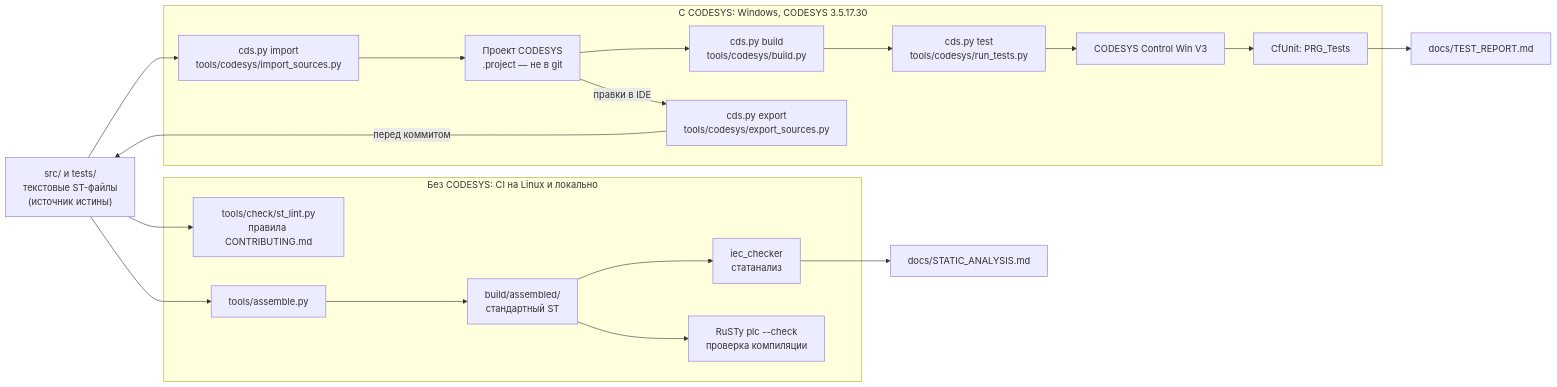
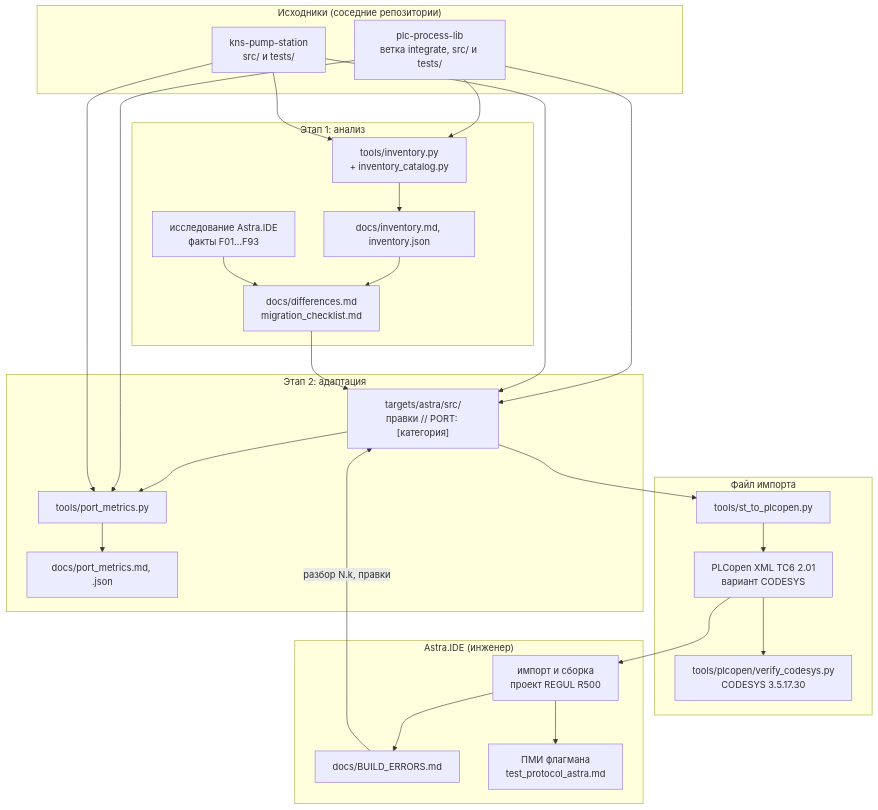
Before and after one commit to kr0nsch/kns-port-domestic: the diagram in docs/ARCHITECTURE.md, drawn with Mermaid. The commit also changed other lines of this file and 15 other files, not shown here.

Commit message:
docs: различия CODESYS и Astra.IDE, чек-лист миграции, цикл BUILD_ERRORS, протокол испытаний

````diff
--- a/docs/ARCHITECTURE.md
+++ b/docs/ARCHITECTURE.md
@@ -9,32 +10,47 @@
 ```mermaid
-flowchart LR
-    src["src/ и tests/<br/>текстовые ST-файлы<br/>(источник истины)"]
-
-    subgraph ci["Без CODESYS: CI на Linux и локально"]
-        lint["tools/check/st_lint.py<br/>правила CONTRIBUTING.md"]
-        asm["tools/assemble.py"]
-        built["build/assembled/<br/>стандартный ST"]
-        iec["iec_checker<br/>статанализ"]
-        rusty["RuSTy plc --check<br/>проверка компиляции"]
+flowchart TB
+    subgraph src["Исходники (соседние репозитории)"]
+        lib["plc-process-lib<br/>ветка integrate, src/ и tests/"]
+        kns["kns-pump-station<br/>src/ и tests/"]
     end
 
-    subgraph cds["С CODESYS: Windows, CODESYS 3.5.17.30"]
-        imp["cds.py import<br/>tools/codesys/import_sources.py"]
-        proj["Проект CODESYS<br/>.project — не в git"]
-        bld["cds.py build<br/>tools/codesys/build.py"]
-        run["cds.py test<br/>tools/codesys/run_tests.py"]
-        ctrl["CODESYS Control Win V3"]
-        cf["CfUnit: PRG_Tests"]
-        exp["cds.py export<br/>tools/codesys/export_sources.py"]
+    subgraph analysis["Этап 1: анализ"]
+        inv["tools/inventory.py<br/>+ inventory_catalog.py"]
+        invmd["docs/inventory.md, inventory.json"]
+        res["исследование Astra.IDE<br/>факты F01…F93"]
+        diff["docs/differences.md<br/>migration_checklist.md"]
     end
 
-    rep["docs/TEST_REPORT.md"]
-    sa["docs/STATIC_ANALYSIS.md"]
+    subgraph port["Этап 2: адаптация"]
+        astra["targets/astra/src/<br/>правки // PORT: [категория]"]
+        pm["tools/port_metrics.py"]
+        pmmd["docs/port_metrics.md, .json"]
+    end
 
-    src --> lint
-    src --> asm --> built
-    built --> iec --> sa
-    built --> rusty
-    src --> imp --> proj --> bld --> run --> ctrl --> cf --> rep
-    proj -- "правки в IDE" --> exp -- "перед коммитом" --> src
+    subgraph xml["Файл импорта"]
+        conv["tools/st_to_plcopen.py"]
+        file["PLCopen XML TC6 2.01<br/>вариант CODESYS"]
+        ver["tools/plcopen/verify_codesys.py<br/>CODESYS 3.5.17.30"]
+    end
+
+    subgraph ide["Astra.IDE (инженер)"]
+        imp["импорт и сборка<br/>проект REGUL R500"]
+        be["docs/BUILD_ERRORS.md"]
+        pmi["ПМИ флагмана<br/>test_protocol_astra.md"]
+    end
+
+    lib --> inv
+    kns --> inv
+    inv --> invmd --> diff
+    res --> diff
+    lib --> astra
+    kns --> astra
+    diff --> astra
+    astra --> pm --> pmmd
+    lib --> pm
+    kns --> pm
+    astra --> conv --> file
+    file --> ver
+    file --> imp --> be -- "разбор N.k, правки" --> astra
+    imp --> pmi
 ```
````
